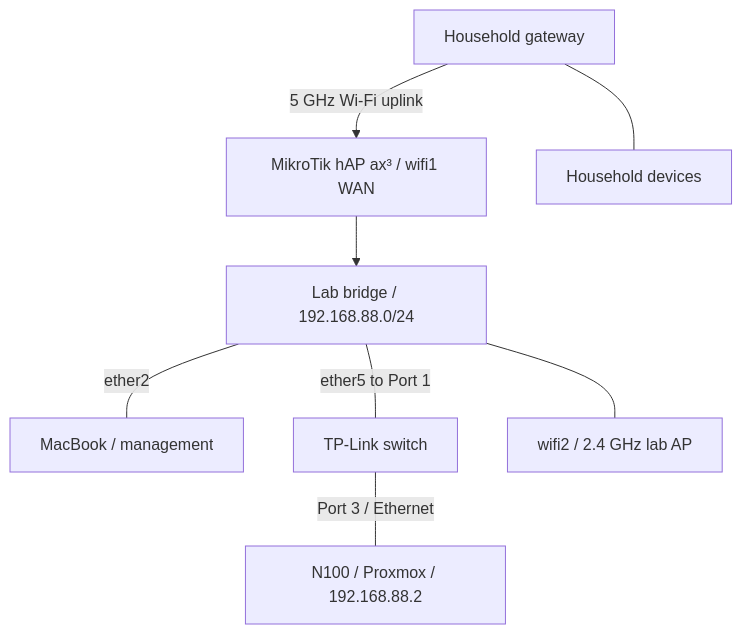
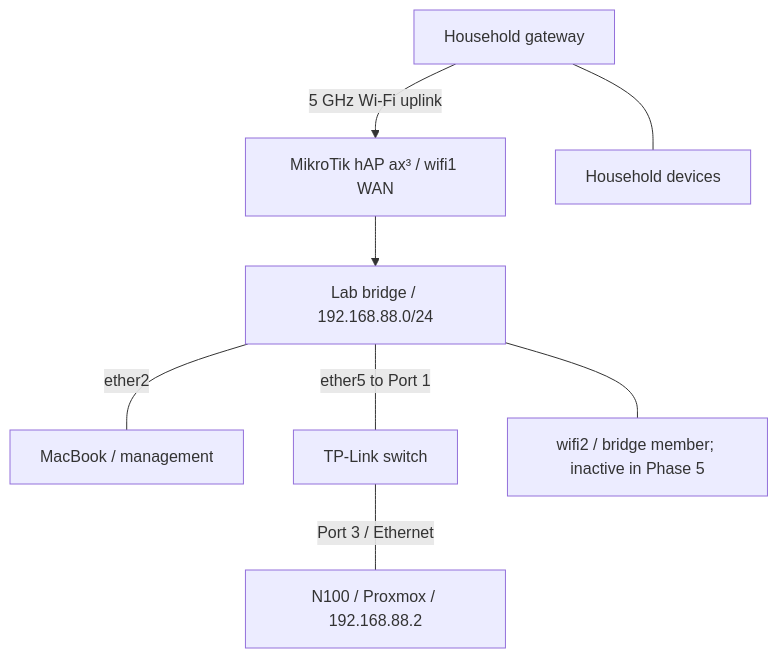
One commit to sivanhorsun/HomeLab changed the diagram in README.md. Above: the diagram before and after it, drawn with Mermaid. The commit also changed other lines of this file, not shown here.

````diff
--- a/README.md
+++ b/README.md
@@ -37,10 +39,10 @@
 ```mermaid
 flowchart TD
     HOME["Household gateway"] -->|"5 GHz Wi-Fi uplink"| ROUTER["MikroTik hAP ax³ / wifi1 WAN"]
     HOME --- HOUSE["Household devices"]
     ROUTER --> LAN["Lab bridge / 192.168.88.0/24"]
     LAN ---|"ether2"| MAC["MacBook / management"]
     LAN ---|"ether5 to Port 1"| SW["TP-Link switch"]
     SW ---|"Port 3 / Ethernet"| PVE["N100 / Proxmox / 192.168.88.2"]
-    LAN --- AP["wifi2 / 2.4 GHz lab AP"]
+    LAN --- AP["wifi2 / bridge member; inactive in Phase 5"]
 ```
````
